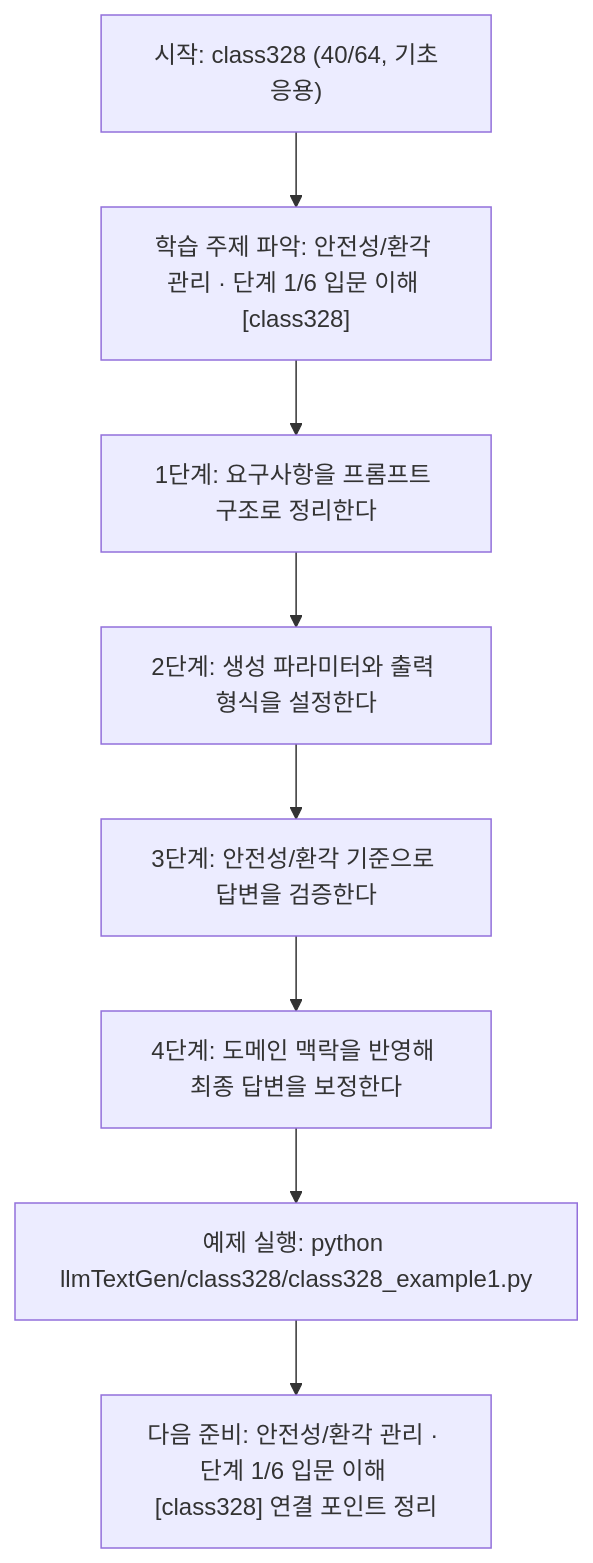
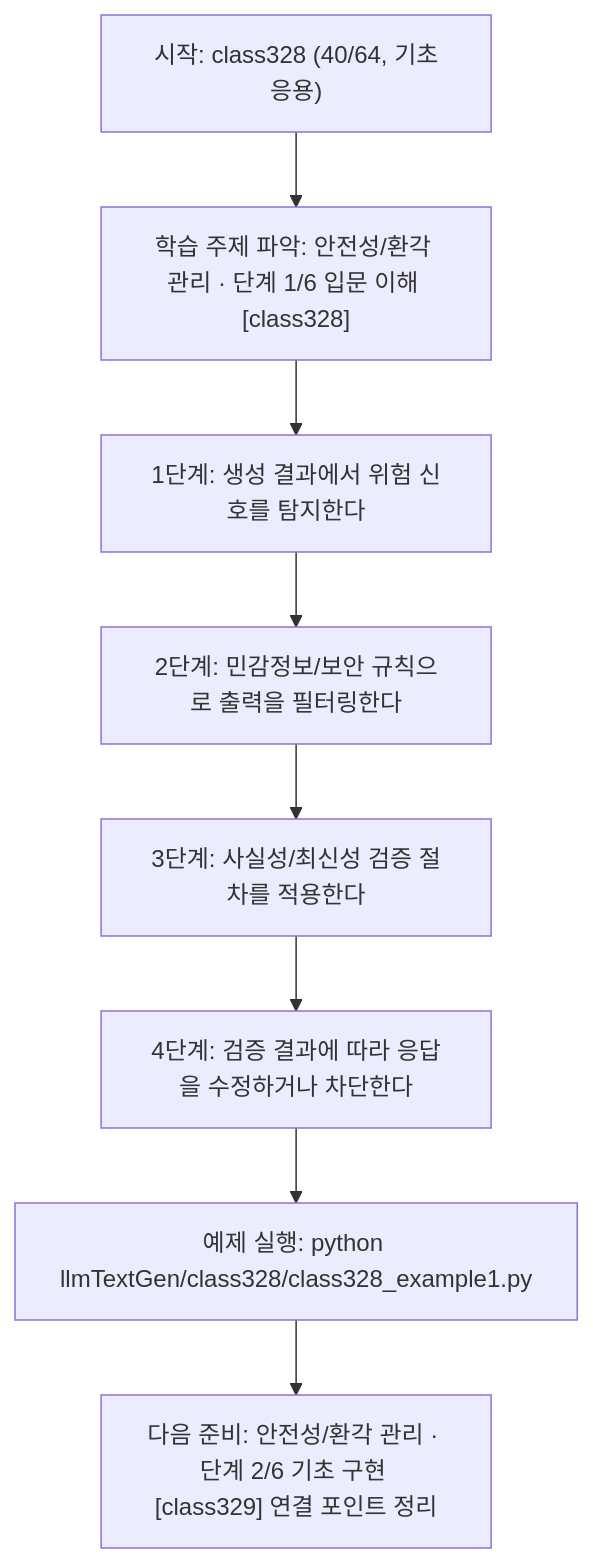
One commit to edumgt/Python-AI_Agent-Class changed the diagram in llmTextGen/class328/class328.md. Above: the diagram before and after it, drawn with Mermaid. The commit also changed other lines of this file and 451 other files, not shown here.

````diff
--- a/llmTextGen/class328/class328.md
+++ b/llmTextGen/class328/class328.md
@@ -114,18 +95,18 @@
 ```mermaid
 flowchart TD
 N1["시작: class328 (40/64, 기초응용)"]
 N2["학습 주제 파악: 안전성/환각 관리 · 단계 1/6 입문 이해 [class328]"]
-N3["1단계: 요구사항을 프롬프트 구조로 정리한다"]
-N4["2단계: 생성 파라미터와 출력 형식을 설정한다"]
-N5["3단계: 안전성/환각 기준으로 답변을 검증한다"]
-N6["4단계: 도메인 맥락을 반영해 최종 답변을 보정한다"]
+N3["1단계: 생성 결과에서 위험 신호를 탐지한다"]
+N4["2단계: 민감정보/보안 규칙으로 출력을 필터링한다"]
+N5["3단계: 사실성/최신성 검증 절차를 적용한다"]
+N6["4단계: 검증 결과에 따라 응답을 수정하거나 차단한다"]
 N7["예제 실행: python llmTextGen/class328/class328_example1.py"]
-N8["다음 준비: 안전성/환각 관리 · 단계 1/6 입문 이해 [class328] 연결 포인트 정리"]
+N8["다음 준비: 안전성/환각 관리 · 단계 2/6 기초 구현 [class329] 연결 포인트 정리"]
 N1 --> N2
 N2 --> N3
 N3 --> N4
 N4 --> N5
 N5 --> N6
 N6 --> N7
 N7 --> N8
 ```
````
